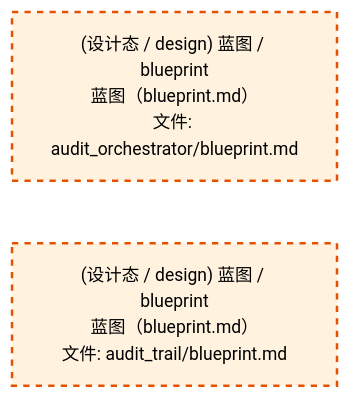
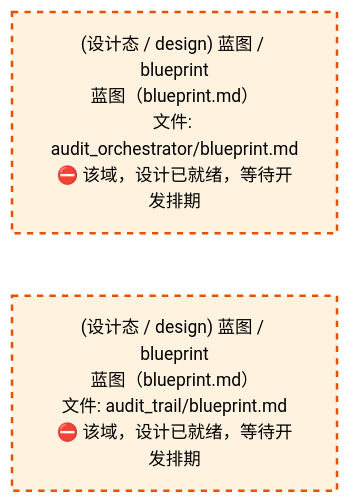
Before and after one commit to xuanFelixVan/ZephyrAlpha: the third of 4 diagrams in docs/02_enterprise_architecture/02_domain_architecture_docs/50_d_gov_audit.md, drawn with Mermaid. The commit also changed other lines of this file and 50 other files, not shown here.

````diff
--- a/docs/02_enterprise_architecture/02_domain_architecture_docs/50_d_gov_audit.md
+++ b/docs/02_enterprise_architecture/02_domain_architecture_docs/50_d_gov_audit.md
@@ -804,12 +806,12 @@
 ```mermaid
 %%{init: {'theme': 'base', 'themeVariables': {'primaryColor': '#eaeaea', 'primaryTextColor': '#333333', 'primaryBorderColor': '#666666', 'lineColor': '#666666', 'secondaryColor': '#eaeaea', 'tertiaryColor': '#eaeaea', 'fontSize': '14px'}}}%%
 flowchart TD
-    docs_03_modules_cross_layer_audit_orchestrator_blueprint_md["(设计态 / design) 蓝图 / blueprint<br/>蓝图（blueprint.md）<br/>文件: audit_orchestrator/blueprint.md"]
-    docs_03_modules_domain_governance_audit_trail_blueprint_md["(设计态 / design) 蓝图 / blueprint<br/>蓝图（blueprint.md）<br/>文件: audit_trail/blueprint.md"]
+    docs_03_modules_cross_layer_audit_orchestrator_blueprint_md["(设计态 / design) 蓝图 / blueprint<br/>蓝图（blueprint.md）<br/>文件: audit_orchestrator/blueprint.md<br/>⛔ 该域，设计已就绪，等待开发排期"]
+    docs_03_modules_domain_governance_audit_trail_blueprint_md["(设计态 / design) 蓝图 / blueprint<br/>蓝图（blueprint.md）<br/>文件: audit_trail/blueprint.md<br/>⛔ 该域，设计已就绪，等待开发排期"]
     docs_03_modules_cross_layer_audit_orchestrator_blueprint_md ~~~ docs_03_modules_domain_governance_audit_trail_blueprint_md
     classDef production fill:#e1f5fe,stroke:#01579b,stroke-width:2px,color:#000
     classDef design fill:#fff3e0,stroke:#e65100,stroke-width:2px,color:#000,stroke-dasharray: 5 5
     classDef external_prod fill:#e8f4fd,stroke:#0277bd,stroke-width:1px,color:#000
     classDef external_design fill:#fff8e7,stroke:#ef6c00,stroke-width:1px,color:#000,stroke-dasharray: 5 5
     class docs_03_modules_cross_layer_audit_orchestrator_blueprint_md,docs_03_modules_domain_governance_audit_trail_blueprint_md design
 ```
````
